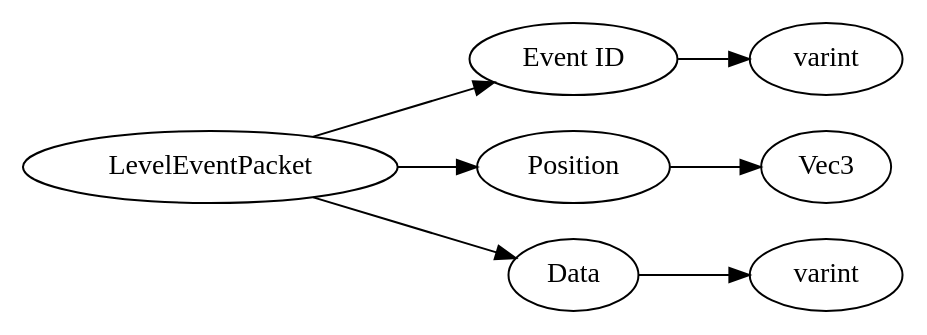
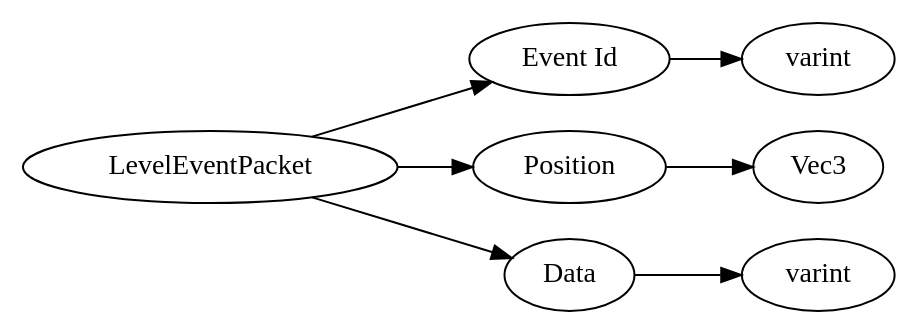
Before and after one commit to Mojang/bedrock-protocol-docs: the diagram in dot/LevelEventPacket.dot, drawn with Graphviz. The commit also changed 485 other files, not shown here.

```diff
--- a/dot/LevelEventPacket.dot
+++ b/dot/LevelEventPacket.dot
@@ -1,20 +1,20 @@
 digraph "LevelEventPacket" {
 rankdir = LR
 0
 0 -> 1
 1 -> 2
 0 -> 3
 3 -> 4
 0 -> 5
 5 -> 6
 
 0 [label="LevelEventPacket",comment="name: \"LevelEventPacket\", typeName: \"\", id: 0, branchId: 25, recurseId: -1, attributes: 0, notes: \"\""];
-1 [label="Event ID",comment="name: \"Event ID\", typeName: \"\", id: 1, branchId: 0, recurseId: -1, attributes: 0, notes: \"\""];
+1 [label="Event Id",comment="name: \"Event Id\", typeName: \"\", id: 1, branchId: 0, recurseId: -1, attributes: 0, notes: \"\""];
 2 [label="varint",comment="name: \"varint\", typeName: \"\", id: 2, branchId: 0, recurseId: -1, attributes: 512, notes: \"\""];
-3 [label="Position",comment="name: \"Position\", typeName: \"Vec3\", id: 3, branchId: 0, recurseId: -1, attributes: 256, notes: \"Note about Event ID: Legacy particles use the @enums.html#Particle Type@  enum |ed with ParticleLegacyEvent(0x4000)\""];
+3 [label="Position",comment="name: \"Position\", typeName: \"Vec3\", id: 3, branchId: 0, recurseId: -1, attributes: 256, notes: \"Note about Event ID: Legacy particles use the @enums.html#Particle Type@ enum |ed with ParticleLegacyEvent(0x4000)\""];
 4 [label="Vec3",comment="name: \"Vec3\", typeName: \"\", id: 4, branchId: 0, recurseId: -1, attributes: 512, notes: \"\""];
 5 [label="Data",comment="name: \"Data\", typeName: \"\", id: 5, branchId: 0, recurseId: -1, attributes: 0, notes: \"\""];
 6 [label="varint",comment="name: \"varint\", typeName: \"\", id: 6, branchId: 0, recurseId: -1, attributes: 512, notes: \"\""];
 { rank = max;2;4;6}
 
 }
```
